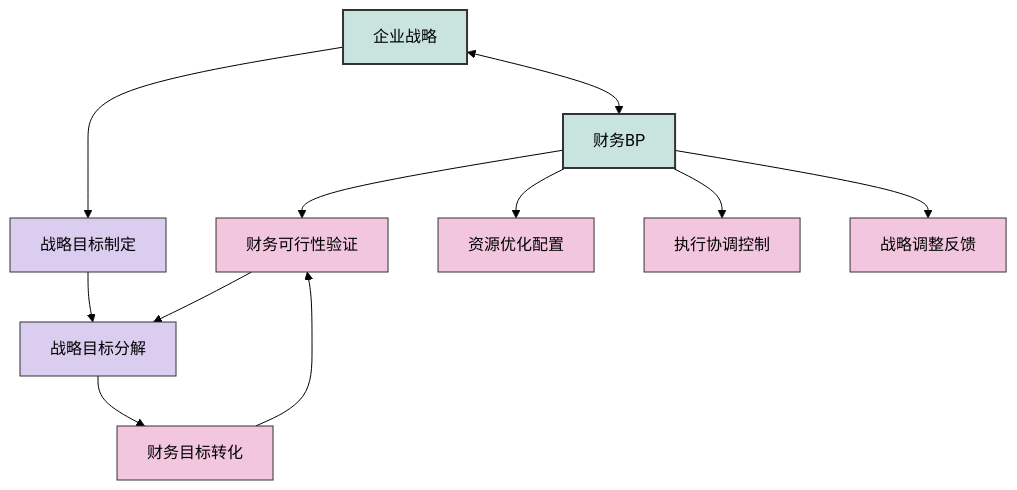
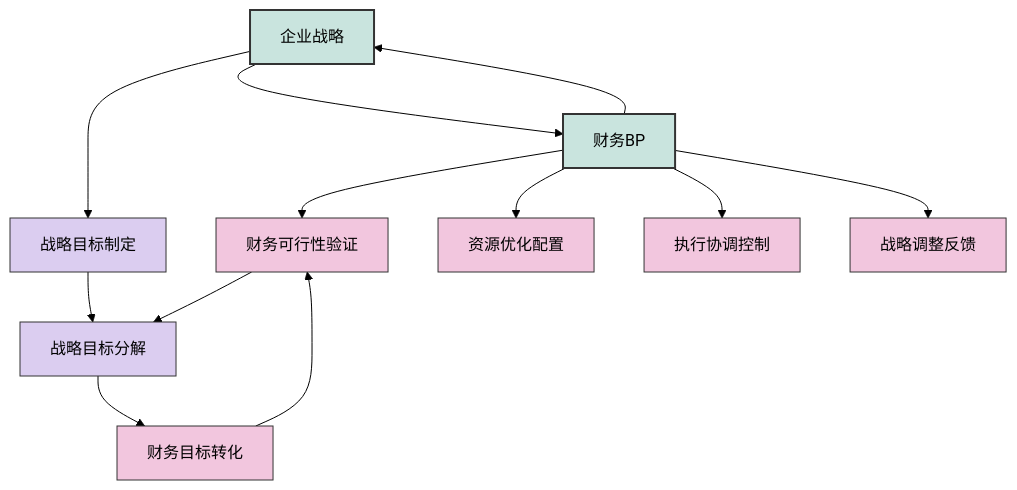
One commit to amcoimg/my-digital-garden changed the first of 2 diagrams in src/site/notes/08-财务专业/财务BP/笔记/基础概念/BP与企业战略.md. Above: the diagram before and after it, drawn with Mermaid (forest theme).

Commit message:
Published multiple files

````diff
--- a/src/site/notes/08-财务专业/财务BP/笔记/基础概念/BP与企业战略.md
+++ b/src/site/notes/08-财务专业/财务BP/笔记/基础概念/BP与企业战略.md
@@ -15,26 +15,27 @@
 ```mermaid
 flowchart TD
-    A[企业战略] <--> B[财务BP]
+    A[企业战略] --> B[财务BP]
+    B --> A[企业战略]
     
     A --> C[战略目标制定]
     C --> D[战略目标分解]
     D --> E[财务目标转化]
     
     B --> F[财务可行性验证]
     B --> G[资源优化配置]
     B --> H[执行协调控制]
     B --> I[战略调整反馈]
     
     E --> F
     F --> D
     
     style A fill:#c9e4de,stroke:#333,stroke-width:2px
     style B fill:#c9e4de,stroke:#333,stroke-width:2px
     style C fill:#dbcdf0,stroke:#333,stroke-width:1px
     style D fill:#dbcdf0,stroke:#333,stroke-width:1px
     style E fill:#f2c6de,stroke:#333,stroke-width:1px
     style F fill:#f2c6de,stroke:#333,stroke-width:1px
     style G fill:#f2c6de,stroke:#333,stroke-width:1px
     style H fill:#f2c6de,stroke:#333,stroke-width:1px
     style I fill:#f2c6de,stroke:#333,stroke-width:1px
 ```
````
